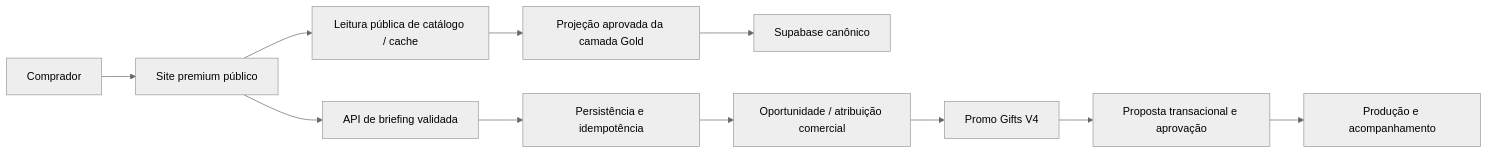
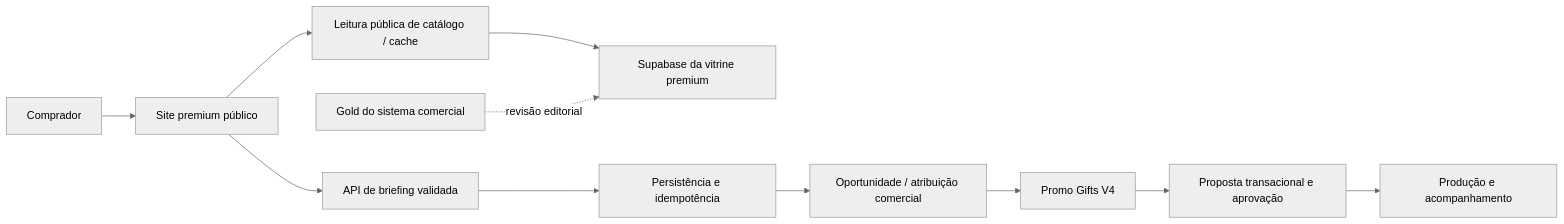
Before and after one commit to adm01-debug/Promo_Brindes_Premium_V1: the diagram in docs/ARQUITETURA_E_INTEGRACAO.md, drawn with Mermaid (neutral theme). The commit also changed other lines of this file and 15 other files, not shown here.

First line of the commit message:
feat(database): conecta vitrine ao Supabase dedicado

````diff
--- a/docs/ARQUITETURA_E_INTEGRACAO.md
+++ b/docs/ARQUITETURA_E_INTEGRACAO.md
@@ -9,13 +9,13 @@
 ```mermaid
 flowchart LR
   B[Comprador] --> W[Site premium público]
   W --> C[Leitura pública de catálogo / cache]
-  C --> G[Projeção aprovada da camada Gold]
-  G --> S[Supabase canônico]
+  C --> V[Supabase da vitrine premium]
+  G[Gold do sistema comercial] -. revisão editorial .-> V
   W --> A[API de briefing validada]
   A --> I[Persistência e idempotência]
   I --> O[Oportunidade / atribuição comercial]
   O --> P[Promo Gifts V4]
   P --> Q[Proposta transacional e aprovação]
   Q --> R[Produção e acompanhamento]
 ```
````
